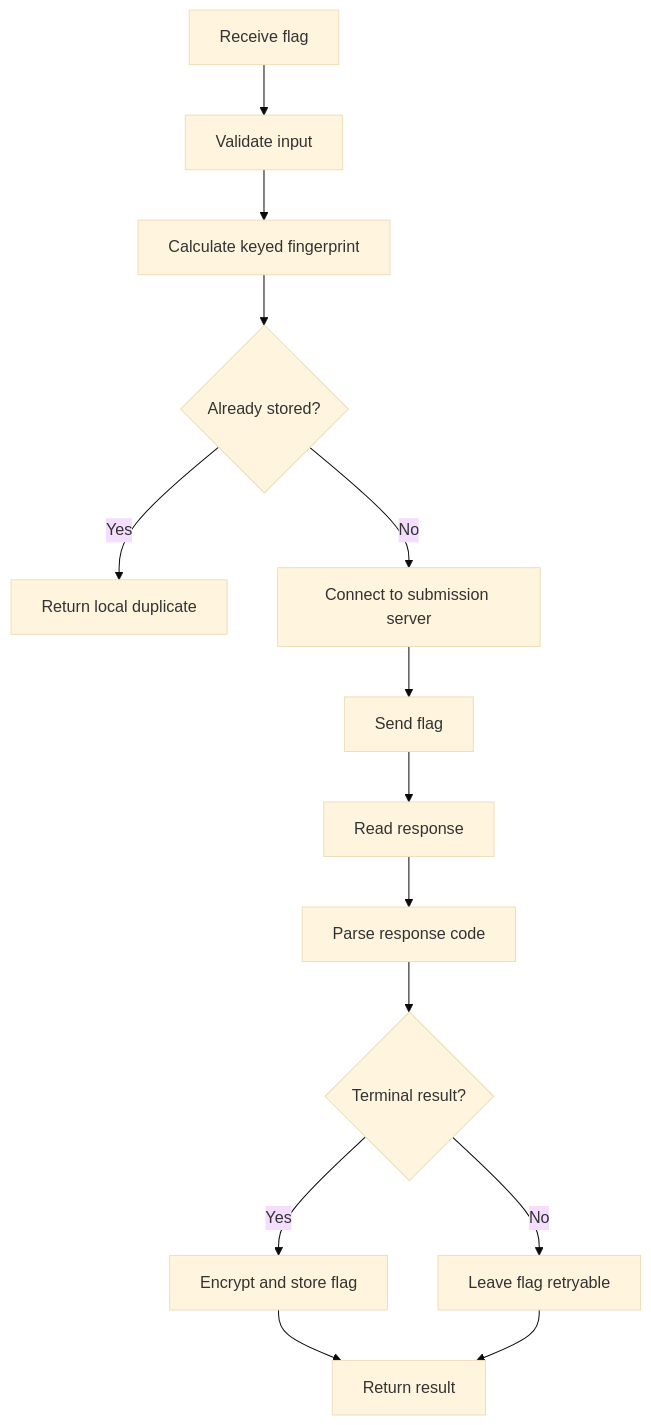
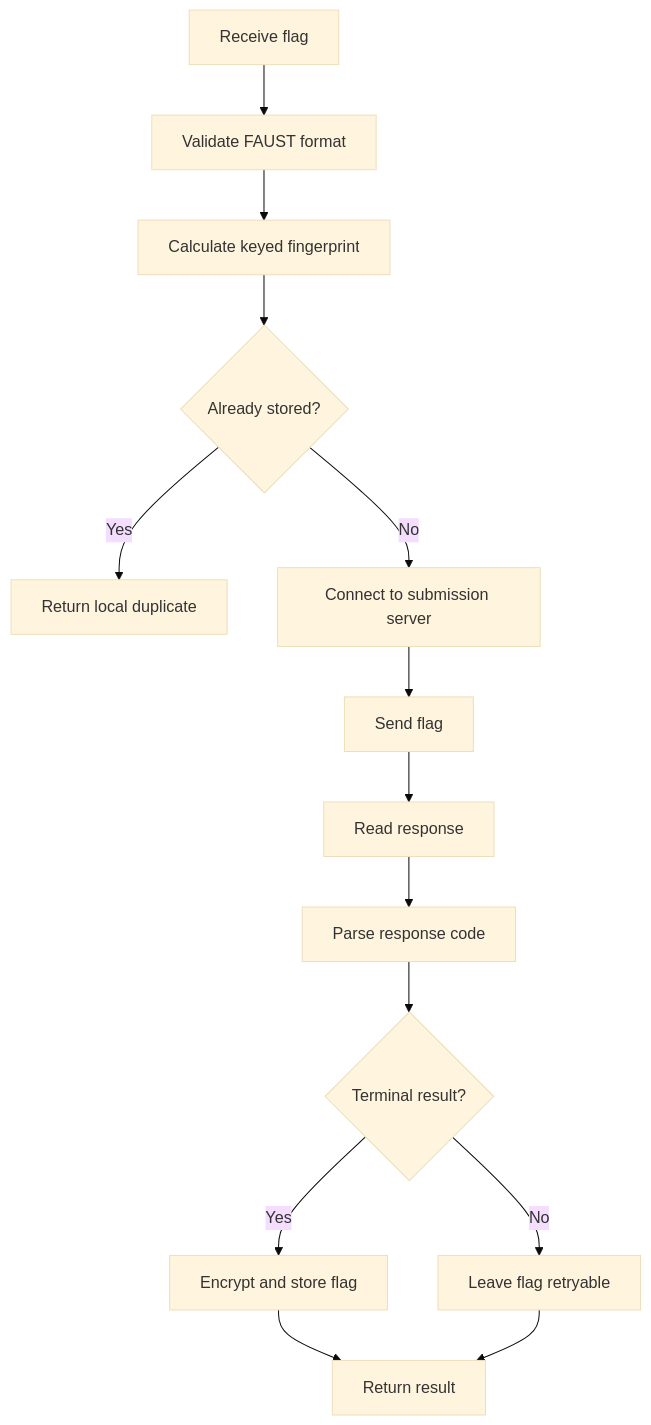
The fourth of 13 diagrams in README.md (Denis-Krueger-labs/MOTH), drawn with Mermaid (base theme) before and after one commit. The commit also changed other lines of this file, not shown here.

````diff
--- a/README.md
+++ b/README.md
@@ -173,21 +228,21 @@
 ```mermaid
 flowchart TD
-    A[Receive flag] --> B[Validate input]
+    A[Receive flag] --> B[Validate FAUST format]
     B --> C[Calculate keyed fingerprint]
     C --> D{Already stored?}
 
     D -->|Yes| E[Return local duplicate]
 
     D -->|No| F[Connect to submission server]
     F --> G[Send flag]
     G --> H[Read response]
     H --> I[Parse response code]
 
     I --> J{Terminal result?}
 
     J -->|Yes| K[Encrypt and store flag]
     J -->|No| L[Leave flag retryable]
 
     K --> M[Return result]
     L --> M
 ```
````
